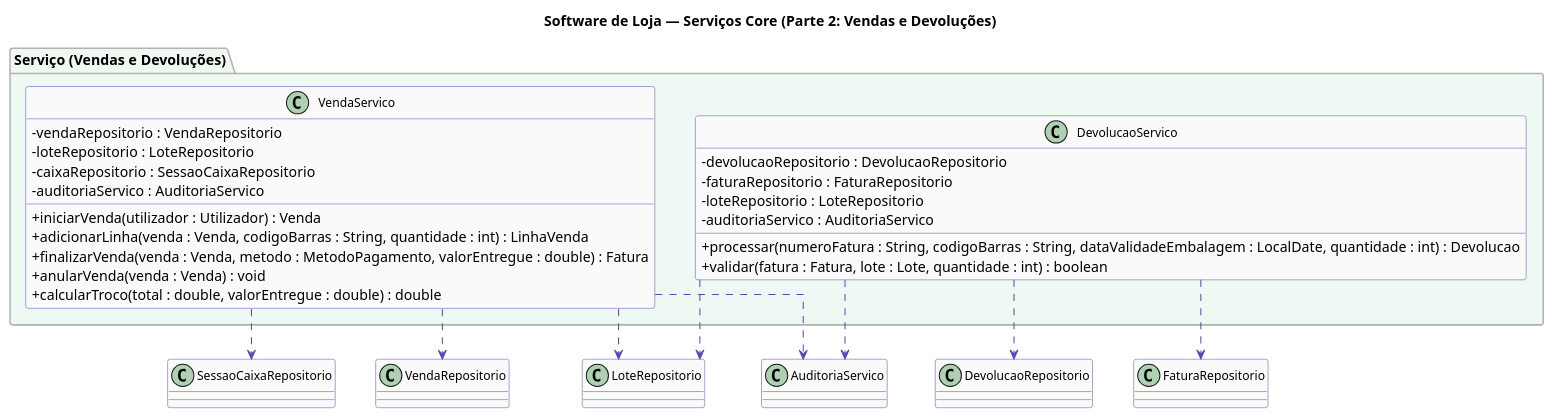
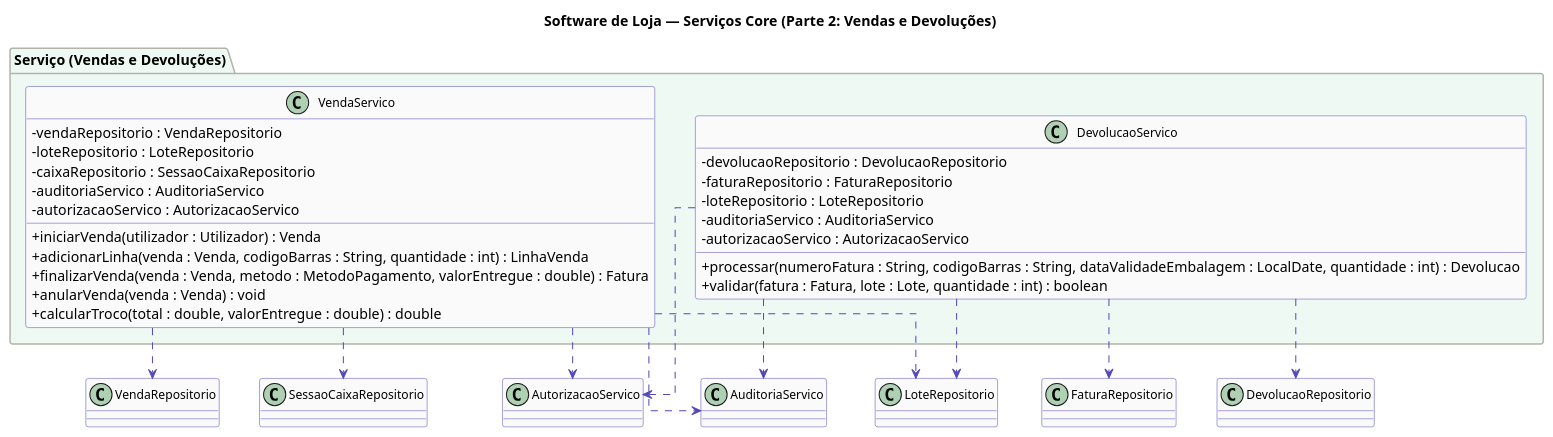
One commit to SimaoOliveira05/LI4 changed the diagram in Diagramas de Classe/software_loja/servicos/src/servicos_core_vendas_devolucoes.puml. Above: the diagram before and after it, drawn with PlantUML. The commit also changed 13 other files, not shown here.

Commit message:
add: class diagram for user permission

```diff
--- a/Diagramas de Classe/software_loja/servicos/src/servicos_core_vendas_devolucoes.puml
+++ b/Diagramas de Classe/software_loja/servicos/src/servicos_core_vendas_devolucoes.puml
@@ -1,59 +1,63 @@
 @startuml servicos_core_parte2_vendas_devolucoes
 skinparam classAttributeIconSize 0
 skinparam classFontSize 12
 skinparam classHeaderBackgroundColor #EEEDFE
 skinparam classBorderColor #534AB7
 skinparam classBackgroundColor #FAFAFA
 skinparam arrowColor #534AB7
 skinparam stereotypeCBackgroundColor #E1F5EE
 skinparam stereotypeABackgroundColor #FAC775
 skinparam stereotypeIBackgroundColor #D1ECF1
 skinparam packageBackgroundColor #F8F8F8
 skinparam packageBorderColor #B4B2A9
 skinparam linetype ortho
 skinparam nodesep 40
 skinparam ranksep 50
 
 title Software de Loja — Serviços Core (Parte 2: Vendas e Devoluções)
 
 ' ╔══════════════════════════════════════╗
 ' ║          CAMADA DE SERVIÇO           ║
 ' ║      (Vendas e Devoluções)           ║
 ' ╚══════════════════════════════════════╝
 package "Serviço (Vendas e Devoluções)" #EEF9F4 {
 
   class VendaServico {
     - vendaRepositorio : VendaRepositorio
     - loteRepositorio : LoteRepositorio
     - caixaRepositorio : SessaoCaixaRepositorio
     - auditoriaServico : AuditoriaServico
+    - autorizacaoServico : AutorizacaoServico
     + iniciarVenda(utilizador : Utilizador) : Venda
     + adicionarLinha(venda : Venda, codigoBarras : String, quantidade : int) : LinhaVenda
     + finalizarVenda(venda : Venda, metodo : MetodoPagamento, valorEntregue : double) : Fatura
     + anularVenda(venda : Venda) : void
     + calcularTroco(total : double, valorEntregue : double) : double
   }
 
   class DevolucaoServico {
     - devolucaoRepositorio : DevolucaoRepositorio
     - faturaRepositorio : FaturaRepositorio
     - loteRepositorio : LoteRepositorio
     - auditoriaServico : AuditoriaServico
+    - autorizacaoServico : AutorizacaoServico
     + processar(numeroFatura : String, codigoBarras : String, dataValidadeEmbalagem : LocalDate, quantidade : int) : Devolucao
     + validar(fatura : Fatura, lote : Lote, quantidade : int) : boolean
   }
 }
 
 ' Relações com Repositórios
 VendaServico ..> VendaRepositorio
 VendaServico ..> LoteRepositorio
 VendaServico ..> SessaoCaixaRepositorio
+VendaServico ..> AutorizacaoServico
+DevolucaoServico ..> AutorizacaoServico
 DevolucaoServico ..> DevolucaoRepositorio
 DevolucaoServico ..> FaturaRepositorio
 DevolucaoServico ..> LoteRepositorio
 
 ' Serviços transversais
 VendaServico ..> AuditoriaServico
 DevolucaoServico ..> AuditoriaServico
 
 @enduml
```
